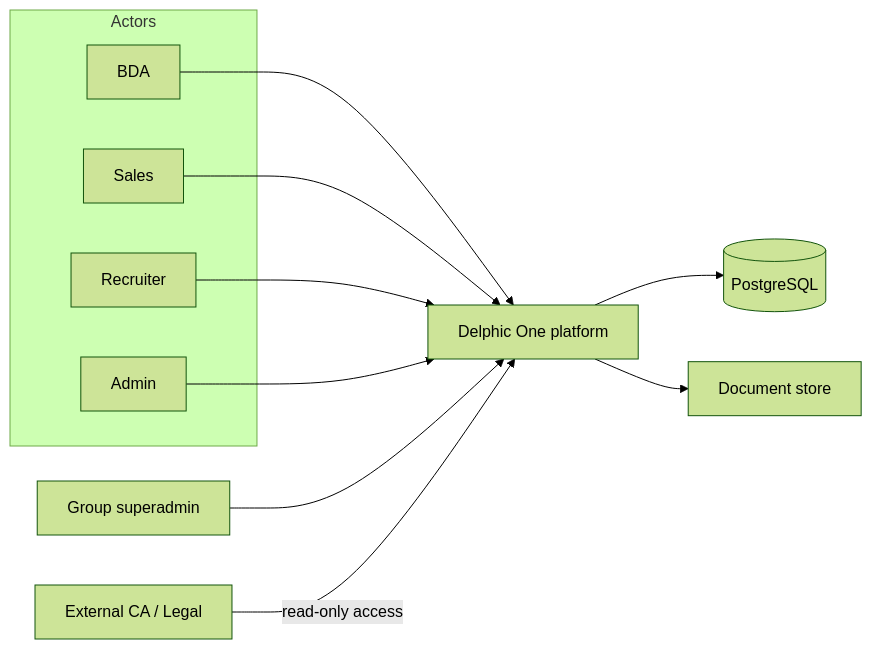
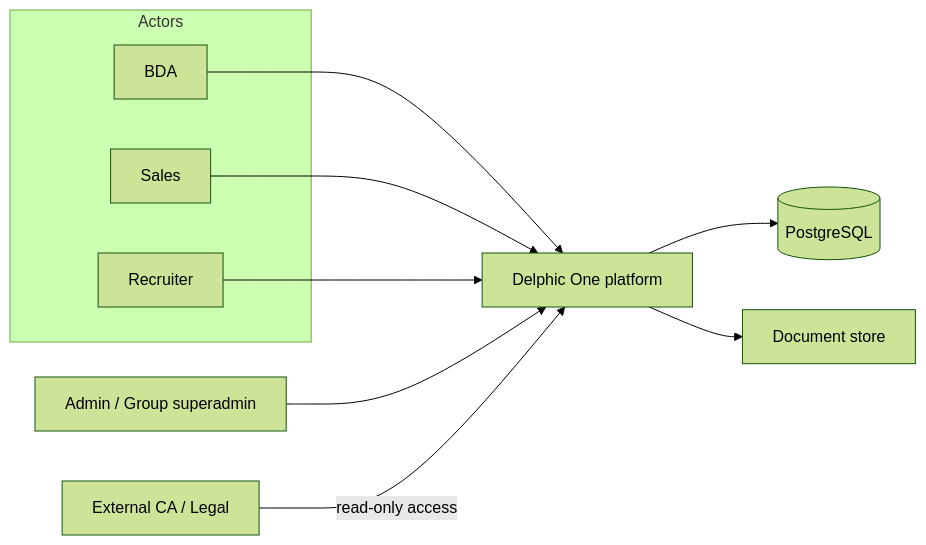
Before and after one commit to radheshDelphic12/delphic-one-new: the first of 13 diagrams in README.md, drawn with Mermaid (forest theme). The commit also changed other lines of this file and 1 other file, not shown here.

Commit message:
docs: merge Admin and Group superadmin in context diagram

````diff
--- a/README.md
+++ b/README.md
@@ -97,24 +95,22 @@
 ```mermaid
 flowchart LR
   subgraph Actors
     BDA[BDA]
     Sales[Sales]
     Rec[Recruiter]
-    Admin[Admin]
   end
 
-  GSA[Group superadmin]
+  Admin[Admin / Group superadmin]
   Ext[External CA / Legal]
 
   RMD[Delphic One platform]
 
   BDA --> RMD
   Sales --> RMD
   Rec --> RMD
   Admin --> RMD
-  GSA --> RMD
   Ext -->|read-only access| RMD
 
   RMD --> PG[(PostgreSQL)]
   RMD --> Files[Document store]
 ```
````
